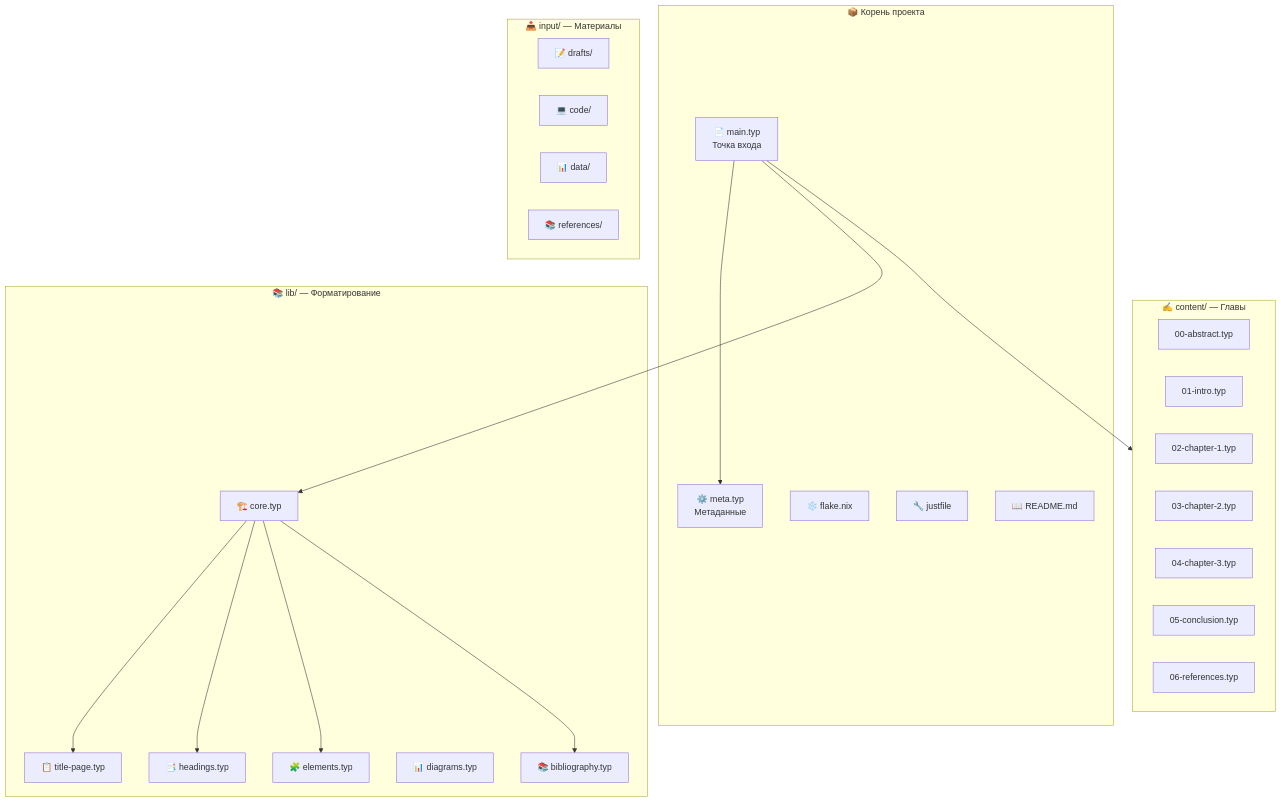
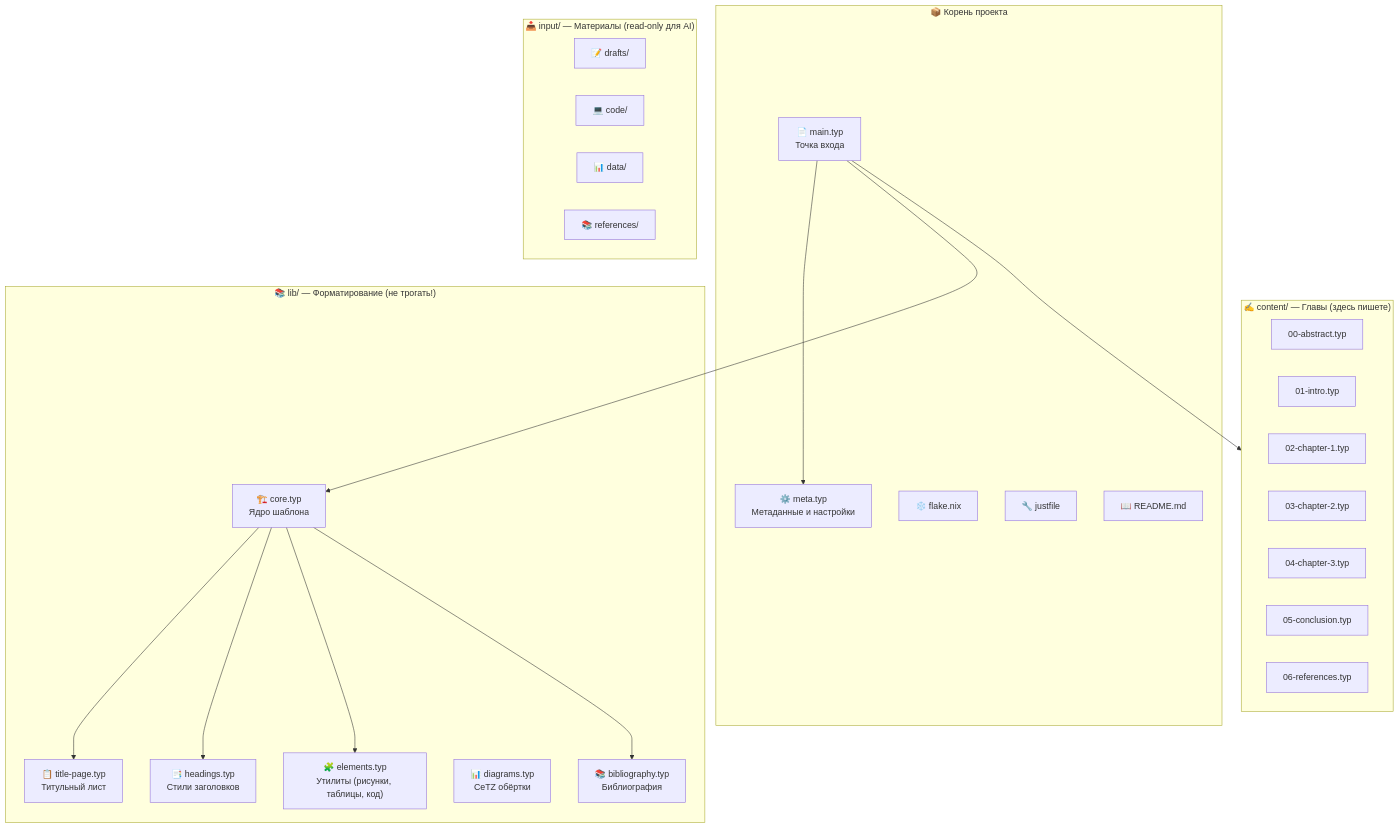
The first of 2 diagrams in README.md (vladdd183/CourseWork_MIREA), drawn with Mermaid before and after one commit. The commit also changed other lines of this file, not shown here.

````diff
--- a/README.md
+++ b/README.md
@@ -125,44 +165,44 @@
 ```mermaid
 graph TD
     subgraph root ["📦 Корень проекта"]
         main["📄 main.typ<br/>Точка входа"]
-        meta["⚙️ meta.typ<br/>Метаданные"]
+        meta["⚙️ meta.typ<br/>Метаданные и настройки"]
         flake["❄️ flake.nix"]
         justf["🔧 justfile"]
         readme["📖 README.md"]
     end
 
-    subgraph lib ["📚 lib/ — Форматирование"]
-        core["🏗️ core.typ"]
-        title["📋 title-page.typ"]
-        heads["📑 headings.typ"]
-        elems["🧩 elements.typ"]
-        diags["📊 diagrams.typ"]
-        biblio["📚 bibliography.typ"]
+    subgraph lib ["📚 lib/ — Форматирование (не трогать!)"]
+        core["🏗️ core.typ<br/>Ядро шаблона"]
+        title["📋 title-page.typ<br/>Титульный лист"]
+        heads["📑 headings.typ<br/>Стили заголовков"]
+        elems["🧩 elements.typ<br/>Утилиты (рисунки, таблицы, код)"]
+        diags["📊 diagrams.typ<br/>CeTZ обёртки"]
+        biblio["📚 bibliography.typ<br/>Библиография"]
     end
 
-    subgraph content ["✍️ content/ — Главы"]
+    subgraph content ["✍️ content/ — Главы (здесь пишете)"]
         ch0["00-abstract.typ"]
         ch1["01-intro.typ"]
         ch2["02-chapter-1.typ"]
         ch3["03-chapter-2.typ"]
         ch4["04-chapter-3.typ"]
         ch5["05-conclusion.typ"]
         ch6["06-references.typ"]
     end
 
-    subgraph input ["📥 input/ — Материалы"]
+    subgraph input ["📥 input/ — Материалы (read-only для AI)"]
         drafts["📝 drafts/"]
         code_f["💻 code/"]
         data_f["📊 data/"]
         refs["📚 references/"]
     end
 
     main --> meta
     main --> core
     main --> content
     core --> title
     core --> heads
     core --> elems
     core --> biblio
 ```
````
